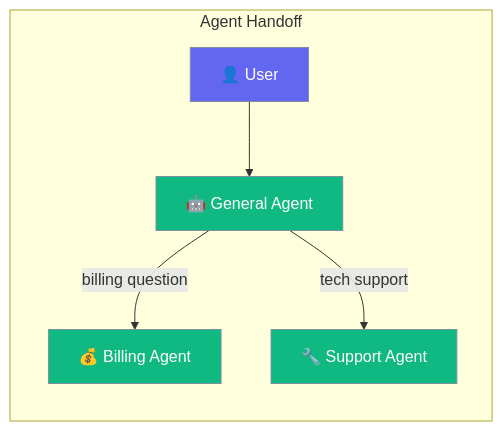
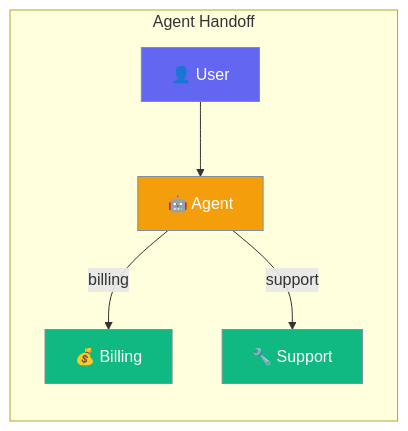
Before and after one commit to MervinPraison/PraisonAIDocs: the first of 2 diagrams in docs/js/handoffs.mdx, drawn with Mermaid. The commit also changed other lines of this file and 30 other files, not shown here.

````diff
--- a/docs/js/handoffs.mdx
+++ b/docs/js/handoffs.mdx
@@ -10,14 +10,16 @@
 ```mermaid
 graph LR
     subgraph "Agent Handoff"
-        A[👤 User] --> B[🤖 General Agent]
-        B -->|"billing question"| C[💰 Billing Agent]
-        B -->|"tech support"| D[🔧 Support Agent]
+        A[👤 User] --> B[🤖 Agent]
+        B -->|"billing"| C[💰 Billing]
+        B -->|"support"| D[🔧 Support]
     end
     
     classDef user fill:#6366F1,stroke:#7C90A0,color:#fff
-    classDef agent fill:#10B981,stroke:#7C90A0,color:#fff
+    classDef agent fill:#F59E0B,stroke:#7C90A0,color:#fff
+    classDef specialist fill:#10B981,stroke:#7C90A0,color:#fff
     
     class A user
-    class B,C,D agent
+    class B agent
+    class C,D specialist
 ```
````
